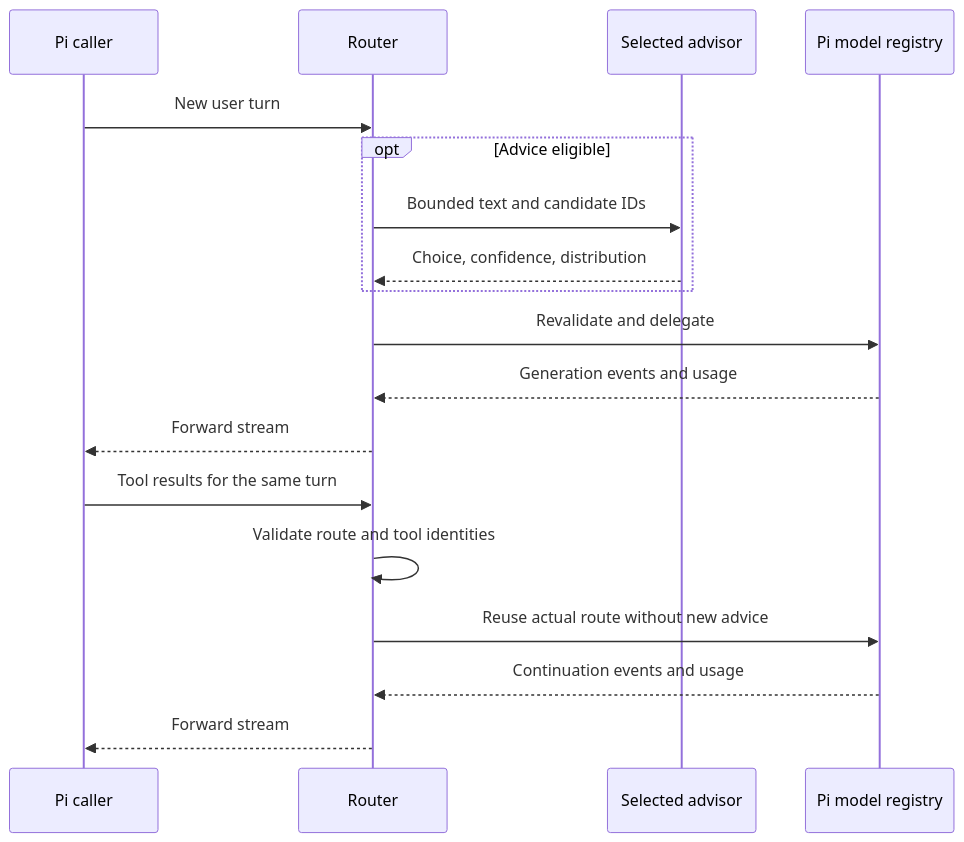
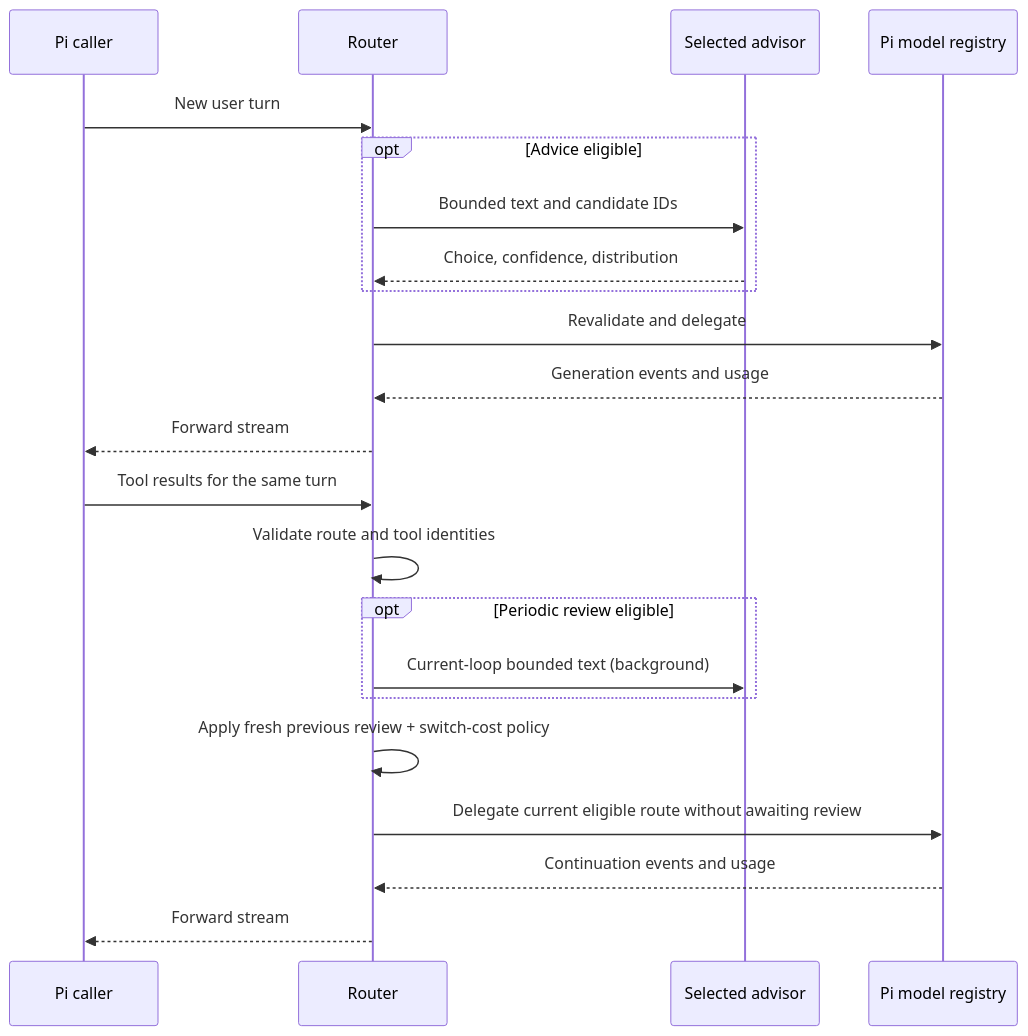
One commit to alexei-led/pi-model-router changed the third of 3 diagrams in docs/architecture.md. Above: the diagram before and after it, drawn with Mermaid. The commit also changed other lines of this file and 37 other files, not shown here.

````diff
--- a/docs/architecture.md
+++ b/docs/architecture.md
@@ -115,20 +115,24 @@
 ```mermaid
 sequenceDiagram
     participant Pi as Pi caller
     participant R as Router
     participant J as Selected advisor
     participant M as Pi model registry
     Pi->>R: New user turn
     opt Advice eligible
         R->>J: Bounded text and candidate IDs
         J-->>R: Choice, confidence, distribution
     end
     R->>M: Revalidate and delegate
     M-->>R: Generation events and usage
     R-->>Pi: Forward stream
     Pi->>R: Tool results for the same turn
     R->>R: Validate route and tool identities
-    R->>M: Reuse actual route without new advice
+    opt Periodic review eligible
+        R->>J: Current-loop bounded text (background)
+    end
+    R->>R: Apply fresh previous review + switch-cost policy
+    R->>M: Delegate current eligible route without awaiting review
     M-->>R: Continuation events and usage
     R-->>Pi: Forward stream
 ```
````
